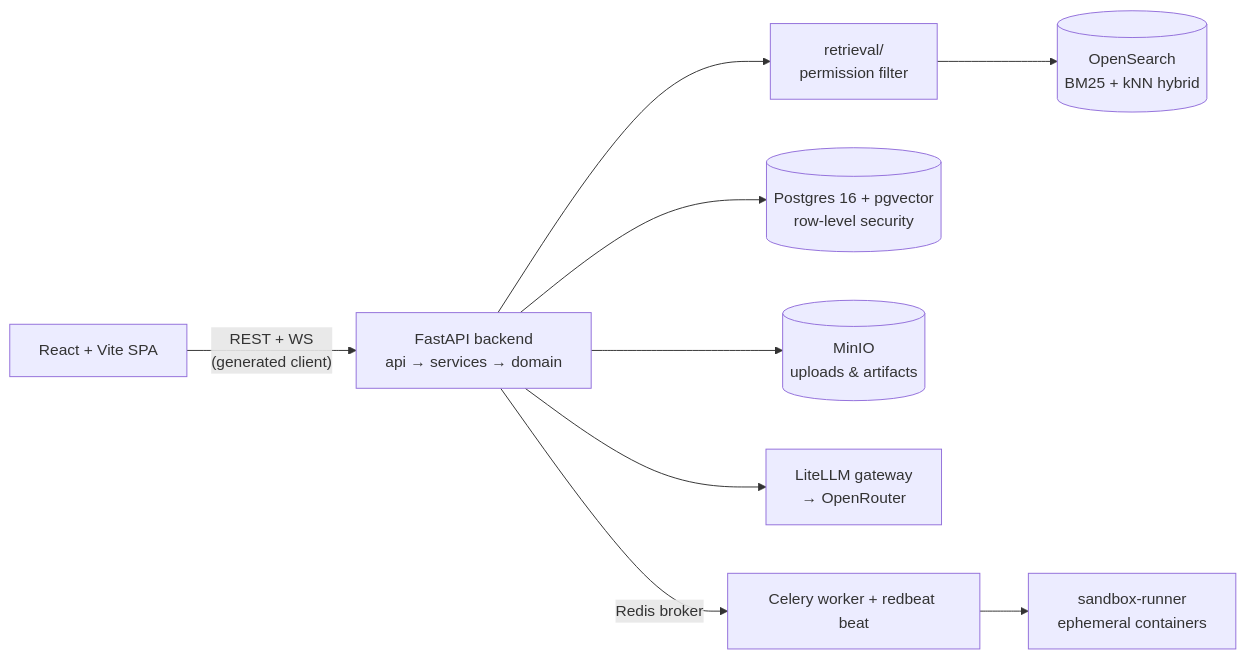
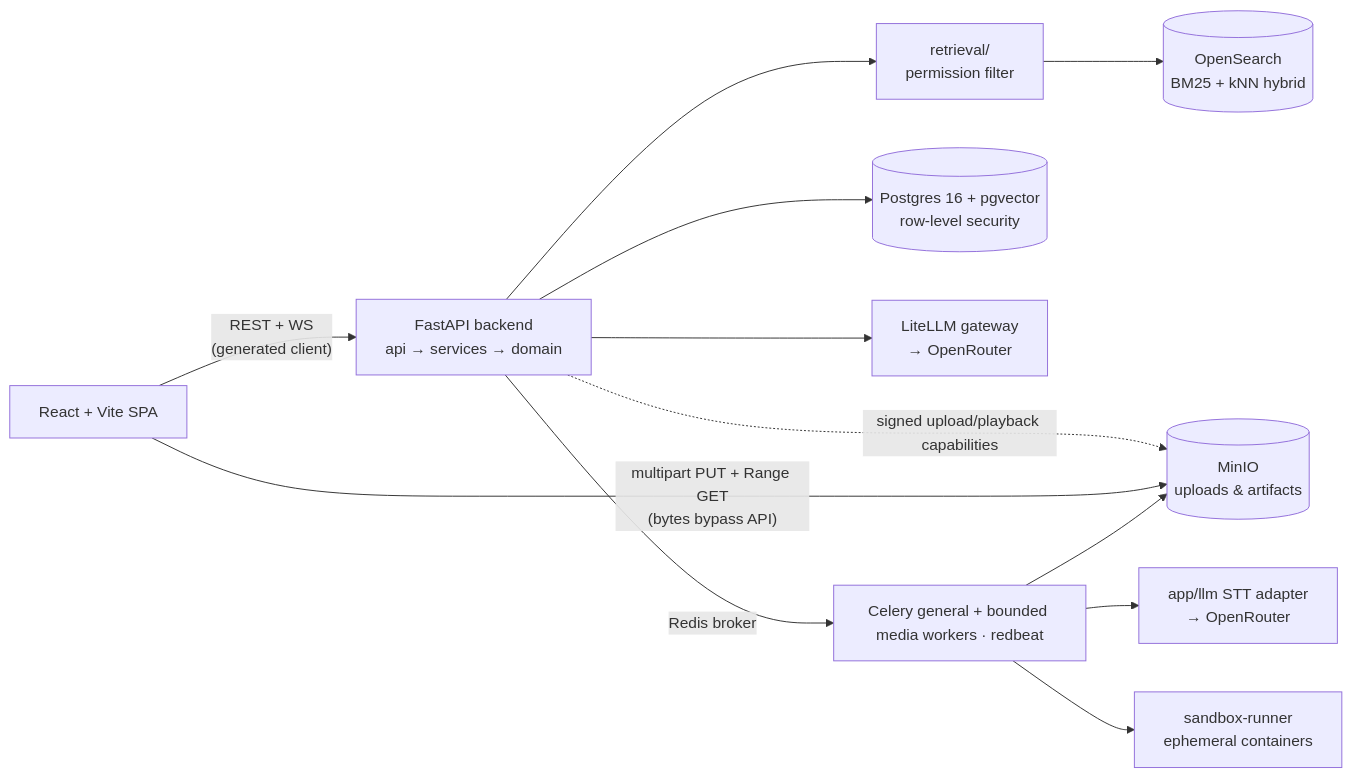
The diagram in README.md (k-sandhu/lumen-copilot), drawn with Mermaid before and after one commit. The commit also changed other lines of this file and 123 other files, not shown here.

First line of the commit message:
feat: add direct media uploads and timestamp citations (#606)

````diff
--- a/README.md
+++ b/README.md
@@ -21,11 +21,14 @@
 ```mermaid
 flowchart LR
     SPA["React + Vite SPA"] -- "REST + WS<br/>(generated client)" --> API["FastAPI backend<br/>api → services → domain"]
     API --> RET["retrieval/<br/>permission filter"]
     RET --> OS[("OpenSearch<br/>BM25 + kNN hybrid")]
     API --> PG[("Postgres 16 + pgvector<br/>row-level security")]
-    API --> S3[("MinIO<br/>uploads & artifacts")]
+    API -. "signed upload/playback capabilities" .-> S3[("MinIO<br/>uploads & artifacts")]
+    SPA -- "multipart PUT + Range GET<br/>(bytes bypass API)" --> S3
     API --> LLM["LiteLLM gateway<br/>→ OpenRouter"]
-    API -- "Redis broker" --> WK["Celery worker + redbeat beat"]
+    API -- "Redis broker" --> WK["Celery general + bounded media workers · redbeat"]
+    WK --> S3
+    WK --> STT["app/llm STT adapter<br/>→ OpenRouter"]
     WK --> SBX["sandbox-runner<br/>ephemeral containers"]
 ```
````
